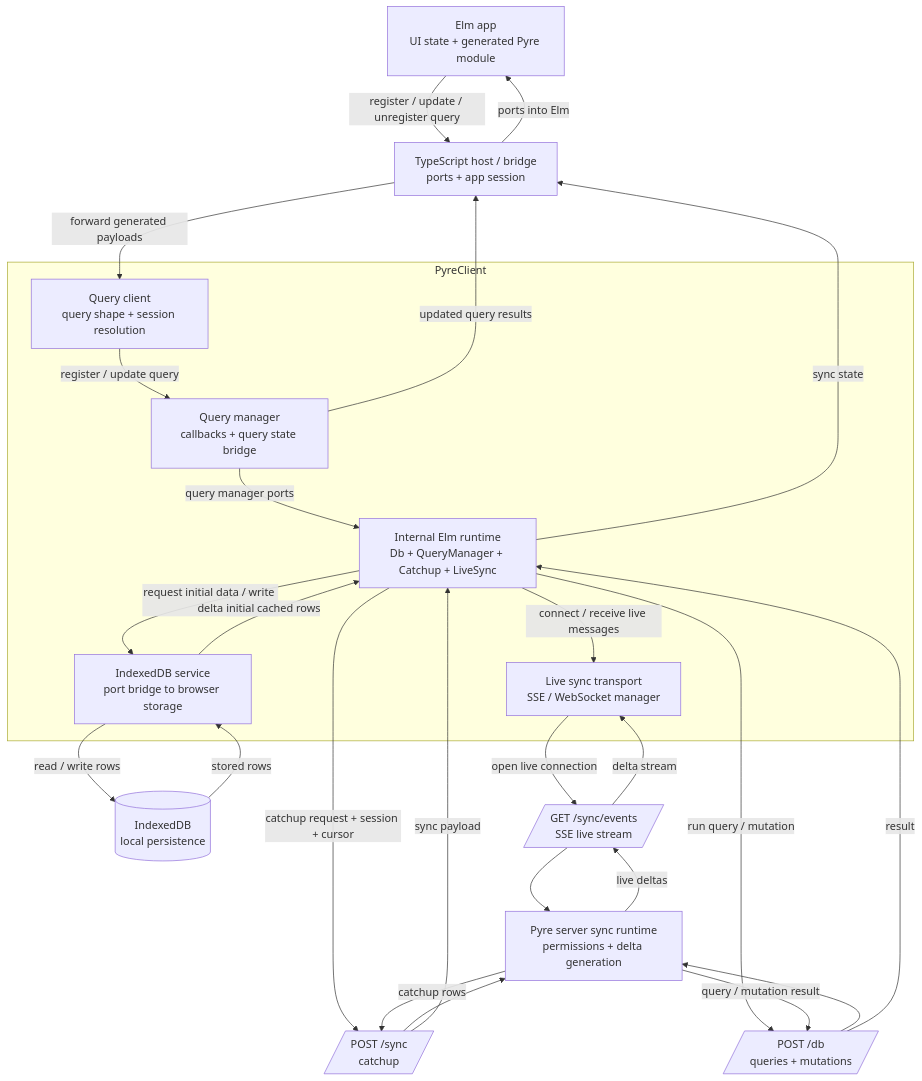
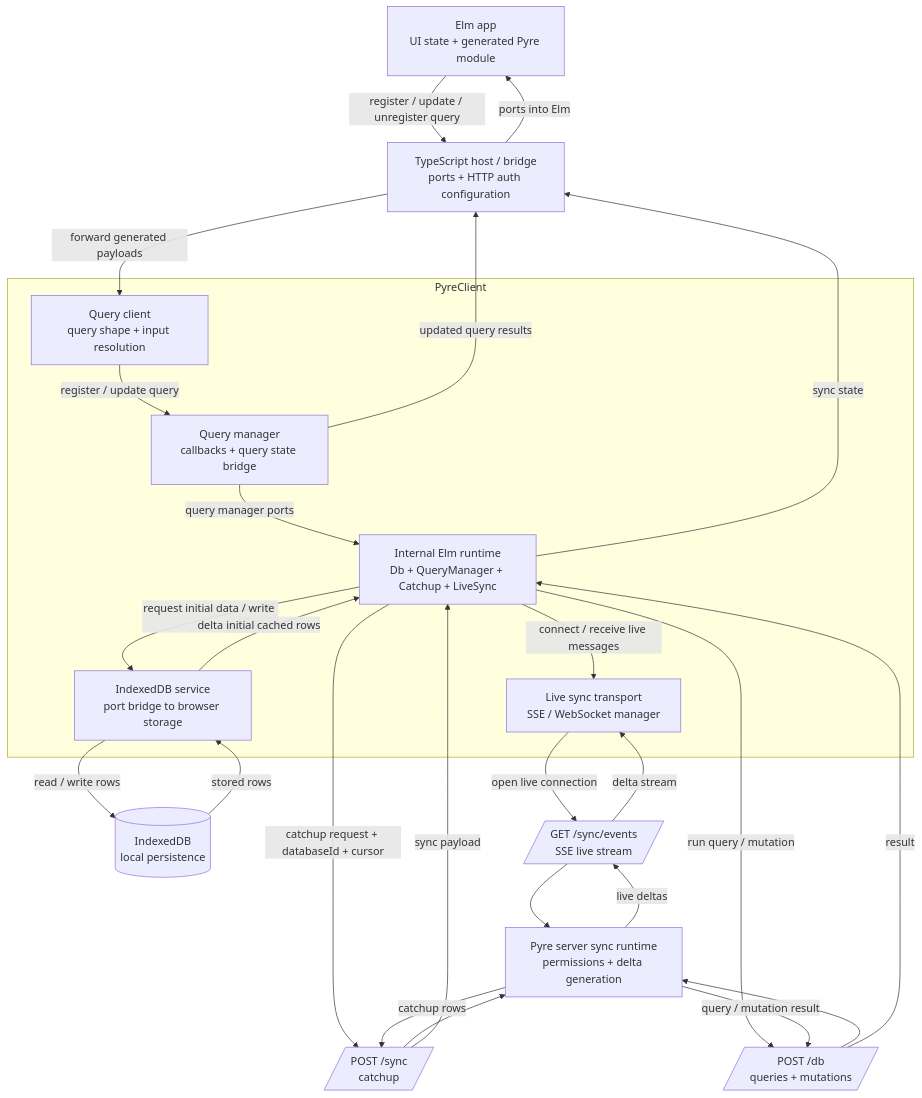
One commit to mdgriffith/pyre changed the diagram in docs/usage/sync.md. Above: the diagram before and after it, drawn with Mermaid. The commit also changed other lines of this file and 33 other files, not shown here.

````diff
--- a/docs/usage/sync.md
+++ b/docs/usage/sync.md
@@ -310,48 +297,48 @@
 ```mermaid
 flowchart TD
     Elm[Elm app\nUI state + generated Pyre module]
-    Bridge[TypeScript host / bridge\nports + app session]
+    Bridge[TypeScript host / bridge\nports + HTTP auth configuration]
     Cache[(IndexedDB\nlocal persistence)]
     Catchup[/POST /sync\ncatchup/]
     Events[/GET /sync/events\nSSE live stream/]
     Query[/POST /db\nqueries + mutations/]
     Server[Pyre server sync runtime\npermissions + delta generation]
 
     subgraph Client [PyreClient]
-        QueryClient[Query client\nquery shape + session resolution]
+        QueryClient[Query client\nquery shape + input resolution]
         QueryManager[Query manager\ncallbacks + query state bridge]
         ElmRuntime[Internal Elm runtime\nDb + QueryManager + Catchup + LiveSync]
         IndexedDbService[IndexedDB service\nport bridge to browser storage]
         Transport[Live sync transport\nSSE / WebSocket manager]
 
         QueryClient -->|register / update query| QueryManager
         QueryManager -->|query manager ports| ElmRuntime
         ElmRuntime -->|request initial data / write delta| IndexedDbService
         IndexedDbService -->|initial cached rows| ElmRuntime
         ElmRuntime -->|connect / receive live messages| Transport
     end
 
     Elm -->|register / update / unregister query| Bridge
     Bridge -->|forward generated payloads| QueryClient
     IndexedDbService -->|read / write rows| Cache
     Cache -->|stored rows| IndexedDbService
-    ElmRuntime -->|catchup request + session + cursor| Catchup
+    ElmRuntime -->|catchup request + databaseId + cursor| Catchup
     Transport -->|open live connection| Events
     ElmRuntime -->|run query / mutation| Query
 
     Catchup --> Server
     Events --> Server
     Query --> Server
 
     Server -->|catchup rows| Catchup
     Server -->|live deltas| Events
     Server -->|query / mutation result| Query
 
     Catchup -->|sync payload| ElmRuntime
     Events -->|delta stream| Transport
     Query -->|result| ElmRuntime
 
     QueryManager -->|updated query results| Bridge
     ElmRuntime -->|sync state| Bridge
     Bridge -->|ports into Elm| Elm
 ```
````
